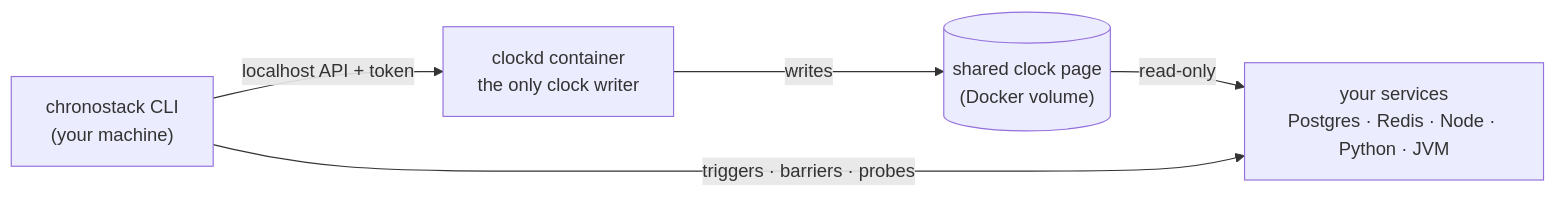
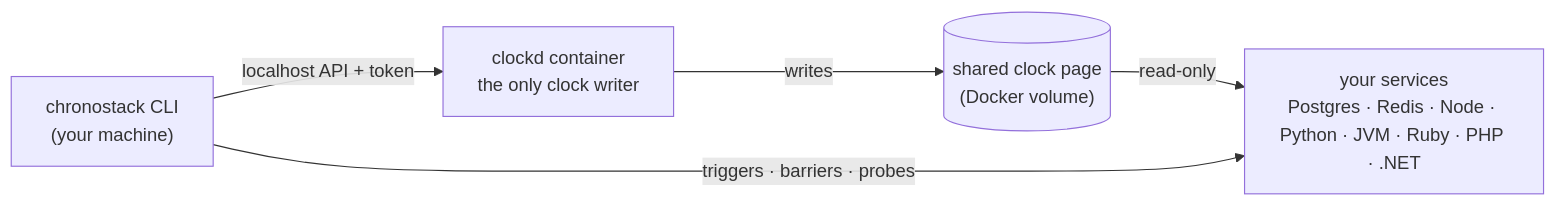
One commit to Asmodeus14/ChronoStack changed the diagram in README.md. Above: the diagram before and after it, drawn with Mermaid. The commit also changed other lines of this file and 7 other files, not shown here.

First line of the commit message:
Install links to alpha.7; JVM 17, Ruby, PHP and .NET listed as tested (#48)

````diff
--- a/README.md
+++ b/README.md
@@ -76,7 +76,7 @@
 ```mermaid
 flowchart LR
   CLI["chronostack CLI<br/>(your machine)"] -- "localhost API + token" --> CLOCKD["clockd container<br/>the only clock writer"]
   CLOCKD -- writes --> PAGE[("shared clock page<br/>(Docker volume)")]
-  PAGE -- "read-only" --> SVC["your services<br/>Postgres · Redis · Node · Python · JVM"]
+  PAGE -- "read-only" --> SVC["your services<br/>Postgres · Redis · Node · Python · JVM · Ruby · PHP · .NET"]
   CLI -- "triggers · barriers · probes" --> SVC
 ```
````
